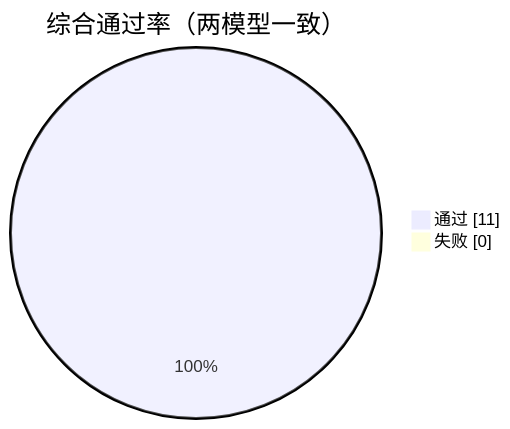
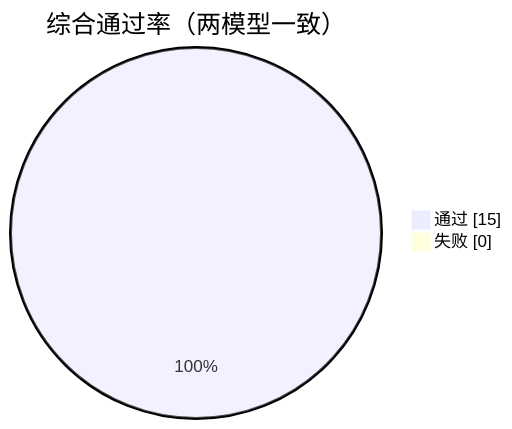
The second of 3 diagrams in benchmark/REPORT.zh-CN.md (fuxicodex/Fuxi), drawn with Mermaid before and after one commit. The commit also changed other lines of this file and 36 other files, not shown here.

````diff
--- a/benchmark/REPORT.zh-CN.md
+++ b/benchmark/REPORT.zh-CN.md
@@ -122,6 +132,6 @@
 ```mermaid
 pie showData
     title 综合通过率（两模型一致）
-    "通过" : 11
+    "通过" : 15
     "失败" : 0
 ```
````
